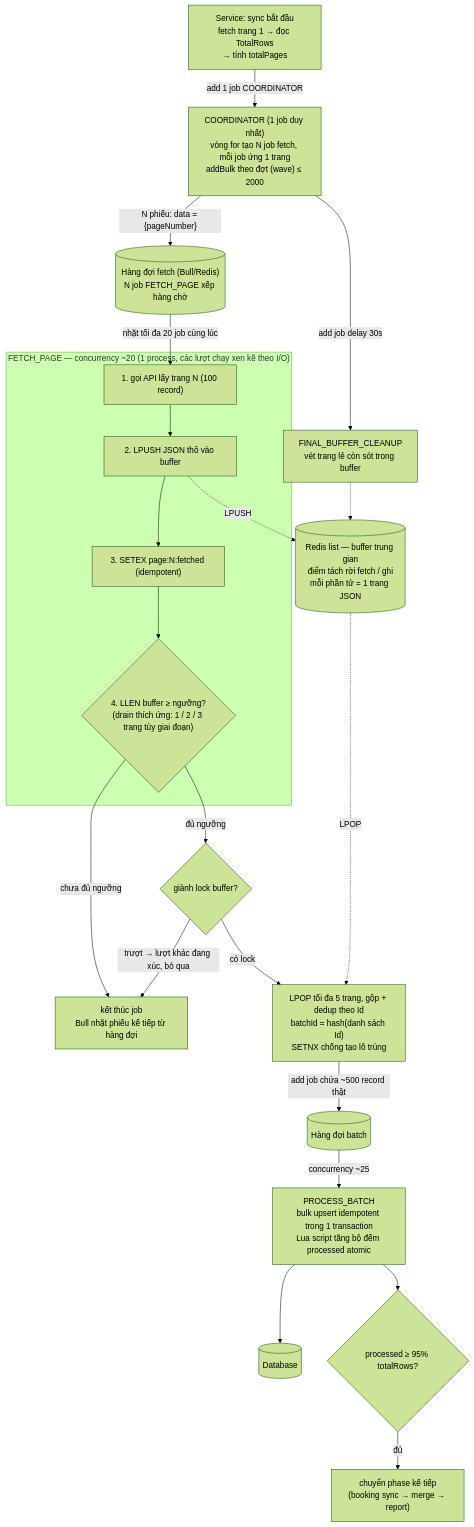
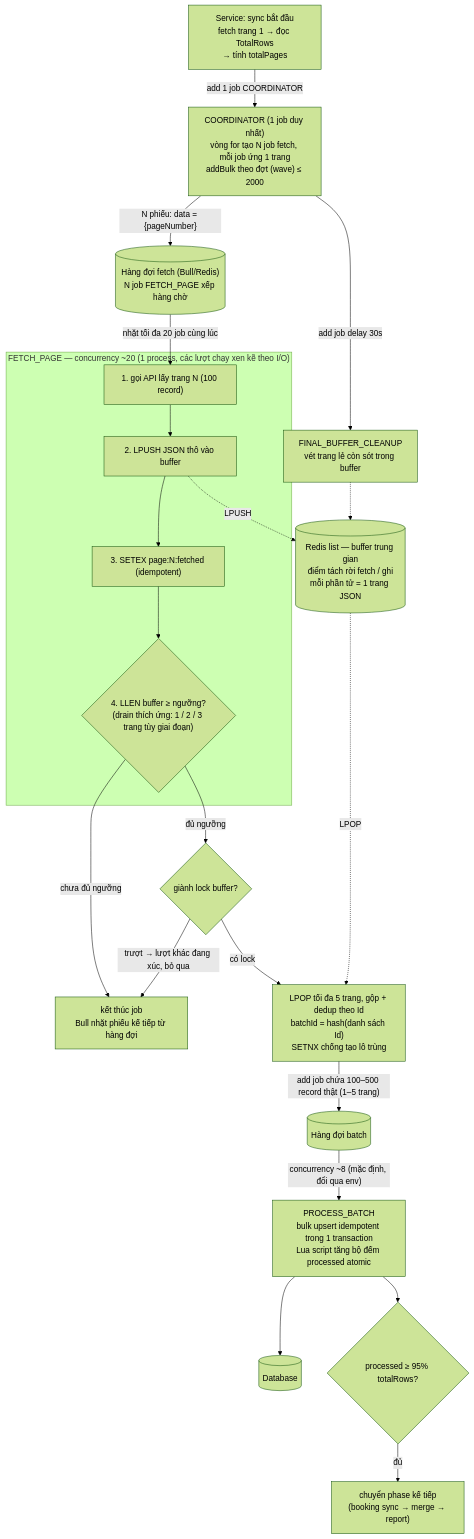
The first of 2 diagrams in STREAMING-SYNC-ARCHITECTURE.md (hoangb0410/project-docs), drawn with Mermaid (forest theme) before and after one commit. The commit also changed other lines of this file, not shown here.

````diff
--- a/STREAMING-SYNC-ARCHITECTURE.md
+++ b/STREAMING-SYNC-ARCHITECTURE.md
@@ -31,41 +31,41 @@
 ```mermaid
 flowchart TD
     S["Service: sync bắt đầu<br/>fetch trang 1 → đọc TotalRows<br/>→ tính totalPages"]
     S -->|"add 1 job COORDINATOR"| C
 
     C["COORDINATOR (1 job duy nhất)<br/>vòng for tạo N job fetch, mỗi job ứng 1 trang<br/>addBulk theo đợt (wave) ≤ 2000"]
     C -->|"N phiếu: data = {pageNumber}"| Q
 
     Q[("Hàng đợi fetch (Bull/Redis)<br/>N job FETCH_PAGE xếp hàng chờ")]
 
     Q -->|"nhặt tối đa 20 job cùng lúc"| W1
 
     subgraph W["FETCH_PAGE — concurrency ~20 (1 process, các lượt chạy xen kẽ theo I/O)"]
         W1["1. gọi API lấy trang N (100 record)"]
         W2["2. LPUSH JSON thô vào buffer"]
         W3["3. SETEX page:N:fetched (idempotent)"]
         W4{"4. LLEN buffer ≥ ngưỡng?<br/>(drain thích ứng: 1 / 2 / 3 trang tùy giai đoạn)"}
         W1 --> W2 --> W3 --> W4
     end
 
     W2 -.->|LPUSH| B[("Redis list — buffer trung gian<br/>điểm tách rời fetch / ghi<br/>mỗi phần tử = 1 trang JSON")]
 
     W4 -->|"chưa đủ ngưỡng"| E["kết thúc job<br/>Bull nhặt phiếu kế tiếp từ hàng đợi"]
     W4 -->|"đủ ngưỡng"| L
 
     L{"giành lock buffer?"}
     L -->|"trượt → lượt khác đang xúc, bỏ qua"| E
     L -->|"có lock"| P["LPOP tối đa 5 trang, gộp + dedup theo Id<br/>batchId = hash(danh sách Id)<br/>SETNX chống tạo lô trùng"]
     B -.->|LPOP| P
 
-    P -->|"add job chứa ~500 record thật"| Q2
+    P -->|"add job chứa 100–500 record thật (1–5 trang)"| Q2
 
     Q2[("Hàng đợi batch")]
-    Q2 -->|"concurrency ~25"| U["PROCESS_BATCH<br/>bulk upsert idempotent trong 1 transaction<br/>Lua script tăng bộ đếm processed atomic"]
+    Q2 -->|"concurrency ~8 (mặc định, đổi qua env)"| U["PROCESS_BATCH<br/>bulk upsert idempotent trong 1 transaction<br/>Lua script tăng bộ đếm processed atomic"]
     U --> DB[(Database)]
     U --> T{"processed ≥ 95% totalRows?"}
     T -->|"đủ"| NEXT["chuyển phase kế tiếp<br/>(booking sync → merge → report)"]
 
     C -->|"add job delay 30s"| CL["FINAL_BUFFER_CLEANUP<br/>vét trang lẻ còn sót trong buffer"]
     CL -.-> B
 ```
````
